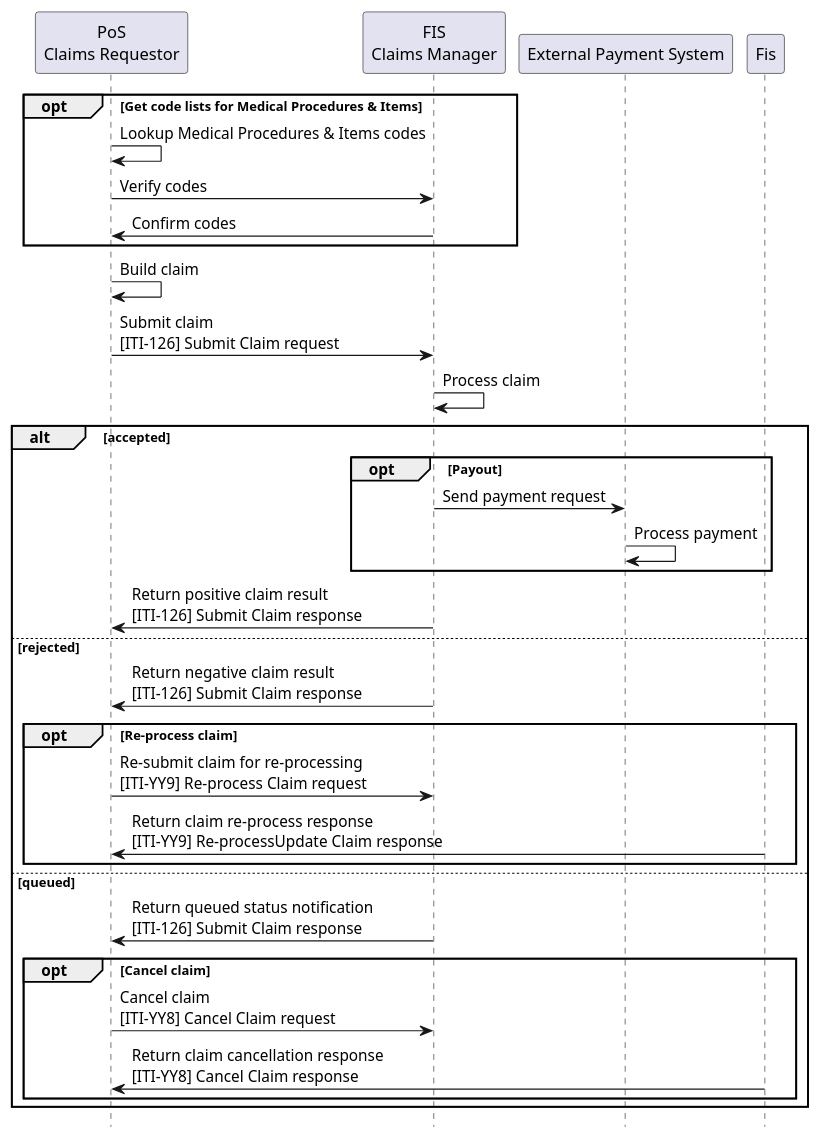
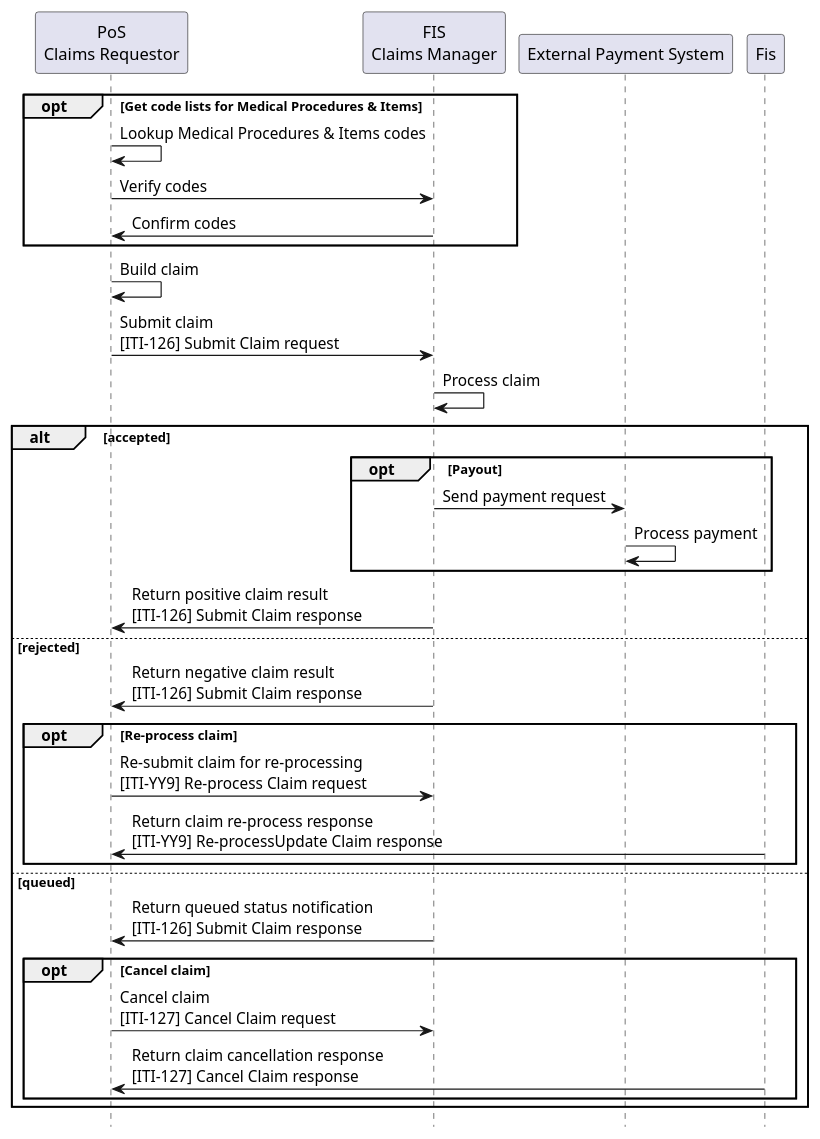
The diagram in input/images-source/usecase3-processflow.plantuml (IHE/ITI.Finance), drawn with PlantUML before and after one commit. The commit also changed 14 other files, not shown here.

```diff
--- a/input/images-source/usecase3-processflow.plantuml
+++ b/input/images-source/usecase3-processflow.plantuml
@@ -1,40 +1,40 @@
 @startuml
 skinparam svgDimensionStyle false
 hide footbox
 
 participant "PoS\nClaims Requestor" as App
 participant "FIS\nClaims Manager" as FIS
 participant "External Payment System" as EXT
 
 
 opt Get code lists for Medical Procedures & Items
 	App -> App: Lookup Medical Procedures & Items codes
 	App -> FIS: Verify codes
 	FIS -> App: Confirm codes
 end opt
  
 App -> App: Build claim
 App -> FIS: Submit claim\n&#91;ITI-126&#93; Submit Claim request
 FIS -> FIS: Process claim
 
 alt accepted
 	opt Payout
 		FIS->EXT: Send payment request
    	EXT->EXT: Process payment
 	end opt
 	FIS -> App: Return positive claim result\n&#91;ITI-126&#93; Submit Claim response
 else rejected
 	FIS -> App: Return negative claim result\n&#91;ITI-126&#93; Submit Claim response
 	opt Re-process claim
 		App -> FIS: Re-submit claim for re-processing\n&#91;ITI-YY9&#93; Re-process Claim request
 		Fis -> App: Return claim re-process response\n&#91;ITI-YY9&#93; Re-processUpdate Claim response
 	end opt
 else queued
 	FIS -> App: Return queued status notification\n&#91;ITI-126&#93; Submit Claim response
 	opt Cancel claim
-		App -> FIS: Cancel claim\n&#91;ITI-YY8&#93; Cancel Claim request
-		Fis -> App: Return claim cancellation response\n&#91;ITI-YY8&#93; Cancel Claim response
+		App -> FIS: Cancel claim\n&#91;ITI-127&#93; Cancel Claim request
+		Fis -> App: Return claim cancellation response\n&#91;ITI-127&#93; Cancel Claim response
 	end opt
 end
 
 @enduml
```
